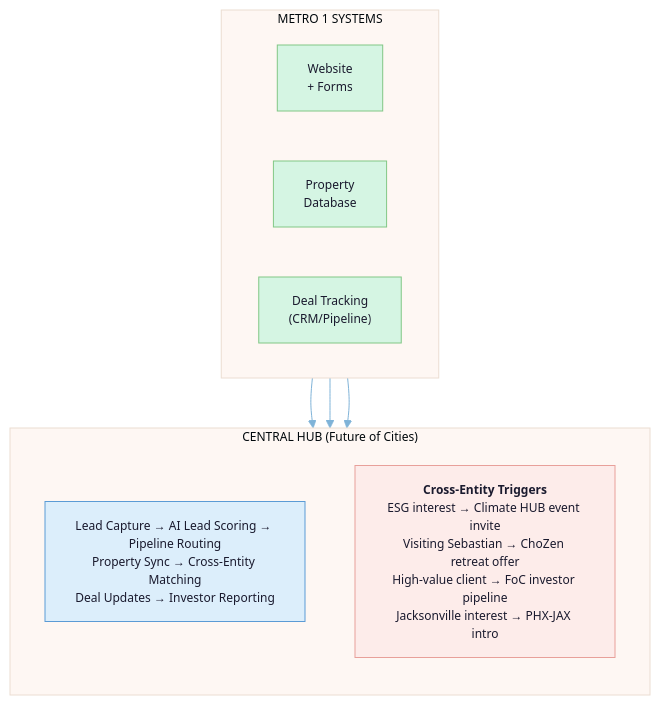
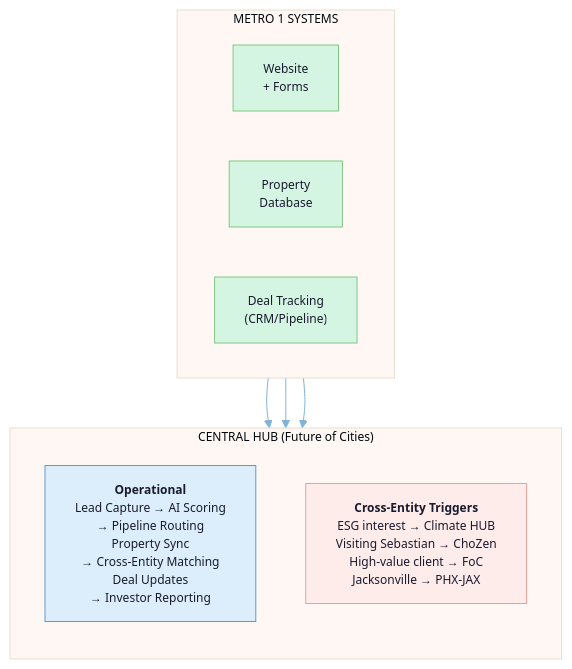
The eighth of 30 diagrams in legal-vault/proposals/cho-ventures-master-project-plan-2026-02-25.md (Light-Brands/qie), drawn with Mermaid before and after one commit. The commit also changed other lines of this file, not shown here.

First line of the commit message:
Fix Mermaid diagram text overflow: break long node labels into shorter lines

````diff
--- a/legal-vault/proposals/cho-ventures-master-project-plan-2026-02-25.md
+++ b/legal-vault/proposals/cho-ventures-master-project-plan-2026-02-25.md
@@ -777,24 +777,24 @@
 ```mermaid
 %%{init: {'theme': 'base', 'themeVariables': {'primaryColor': '#DCEEFB', 'primaryTextColor': '#1a1a2e', 'lineColor': '#7FB3D8', 'fontSize': '12px'}}}%%
 flowchart TB
     classDef entity fill:#D5F5E3,stroke:#82C785,color:#1a1a2e
     classDef hub fill:#DCEEFB,stroke:#5B9BD5,color:#1a1a2e
     classDef trigger fill:#FDECEA,stroke:#E8A09A,color:#1a1a2e
 
     subgraph M1["METRO 1 SYSTEMS"]
         direction LR
         WEB["Website<br/>+ Forms"]:::entity
         PROP["Property<br/>Database"]:::entity
         DEAL["Deal Tracking<br/>(CRM/Pipeline)"]:::entity
     end
 
     subgraph HUB["CENTRAL HUB (Future of Cities)"]
         direction TB
-        FLOW["Lead Capture → AI Lead Scoring → Pipeline Routing<br/>Property Sync → Cross-Entity Matching<br/>Deal Updates → Investor Reporting"]:::hub
-        CROSS["<b>Cross-Entity Triggers</b><br/>ESG interest → Climate HUB event invite<br/>Visiting Sebastian → ChoZen retreat offer<br/>High-value client → FoC investor pipeline<br/>Jacksonville interest → PHX-JAX intro"]:::trigger
+        FLOW["<b>Operational</b><br/>Lead Capture → AI Scoring<br/>→ Pipeline Routing<br/>Property Sync<br/>→ Cross-Entity Matching<br/>Deal Updates<br/>→ Investor Reporting"]:::hub
+        CROSS["<b>Cross-Entity Triggers</b><br/>ESG interest → Climate HUB<br/>Visiting Sebastian → ChoZen<br/>High-value client → FoC<br/>Jacksonville → PHX-JAX"]:::trigger
     end
 
     WEB --> HUB
     PROP --> HUB
     DEAL --> HUB
 ```
````
